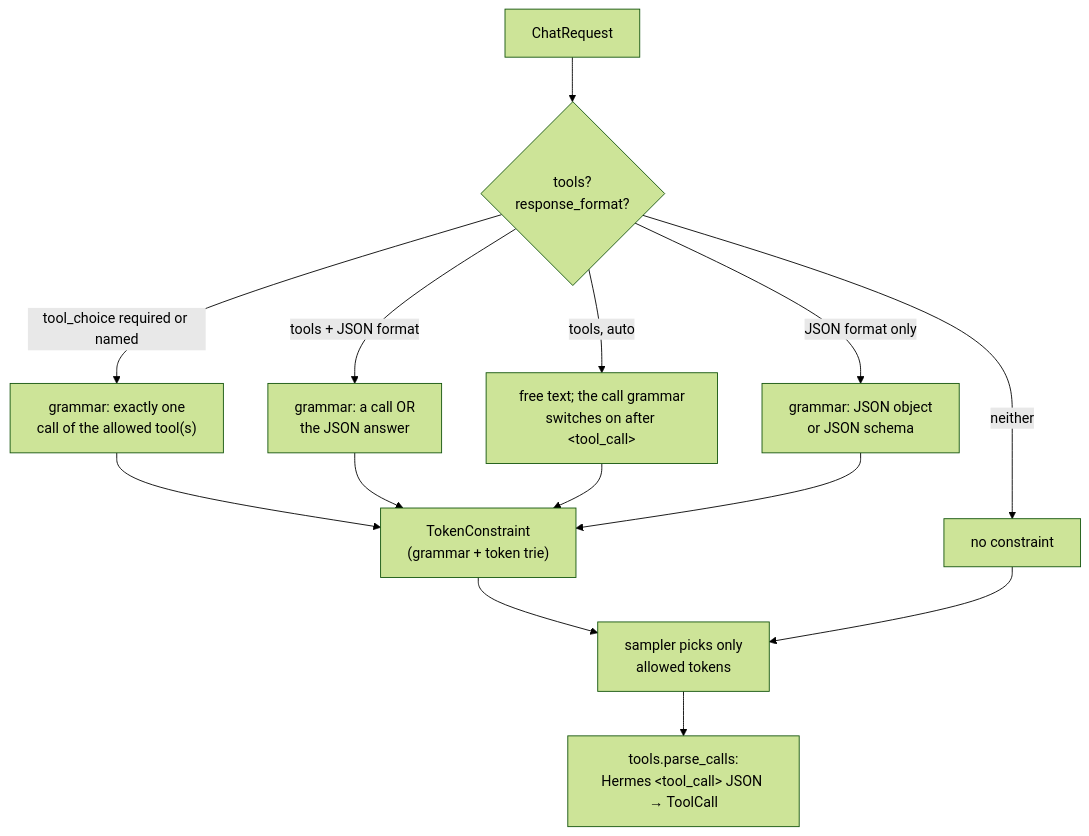
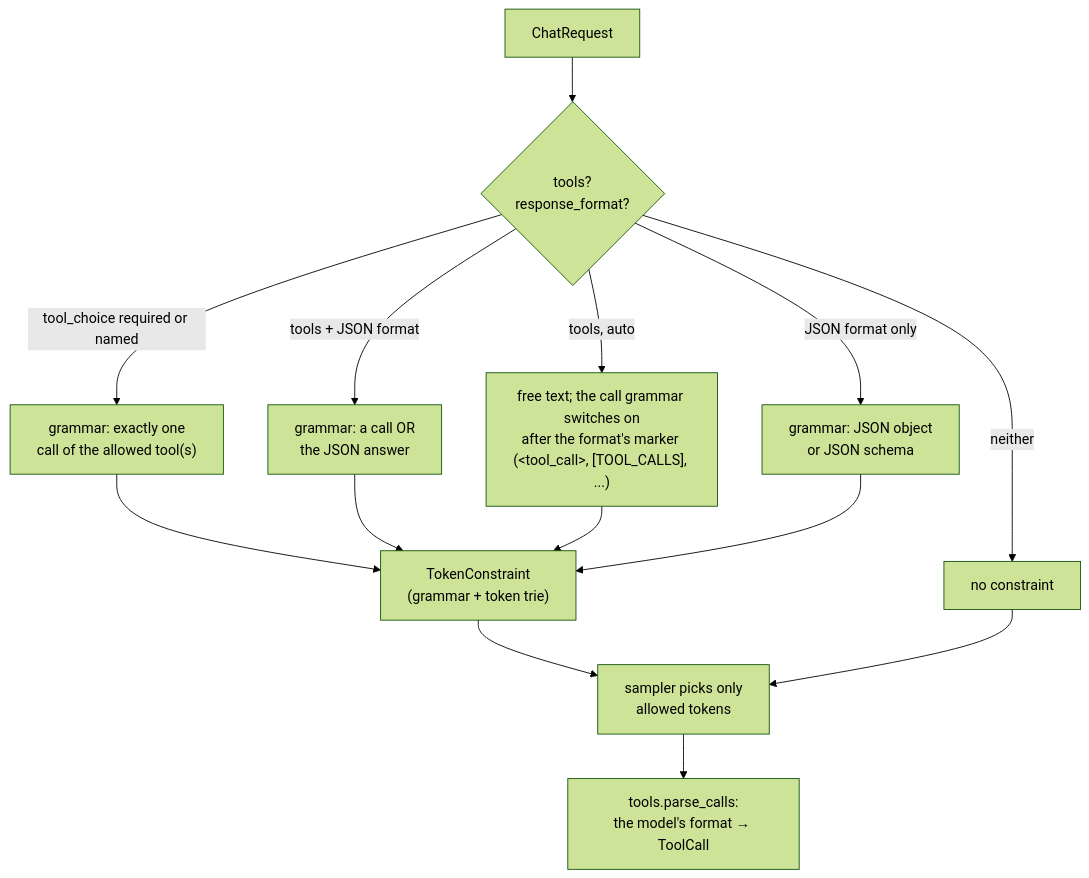
The third of 4 diagrams in docs/architecture/front-ends.md (vrenken/etalii.dllm), drawn with Mermaid (forest theme) before and after one commit. The commit also changed other lines of this file and 14 other files, not shown here.

First line of the commit message:
Phase 48: tool calling in each model's own format

````diff
--- a/docs/architecture/front-ends.md
+++ b/docs/architecture/front-ends.md
@@ -136,13 +136,13 @@
 ```mermaid
 flowchart TB
     req["ChatRequest"] --> which{"tools?<br/>response_format?"}
     which -->|"tool_choice required or named"| forced["grammar: exactly one<br/>call of the allowed tool(s)"]
     which -->|"tools + JSON format"| either["grammar: a call OR<br/>the JSON answer"]
-    which -->|"tools, auto"| trigger["free text; the call grammar<br/>switches on after &lt;tool_call&gt;"]
+    which -->|"tools, auto"| trigger["free text; the call grammar switches on<br/>after the format's marker (&lt;tool_call&gt;, [TOOL_CALLS], ...)"]
     which -->|"JSON format only"| json["grammar: JSON object<br/>or JSON schema"]
     which -->|neither| free["no constraint"]
     forced & either & trigger & json --> tc["TokenConstraint<br/>(grammar + token trie)"]
     tc --> sampler["sampler picks only<br/>allowed tokens"]
     free --> sampler
-    sampler --> parse["tools.parse_calls:<br/>Hermes &lt;tool_call&gt; JSON → ToolCall"]
+    sampler --> parse["tools.parse_calls:<br/>the model's format → ToolCall"]
 ```
````
